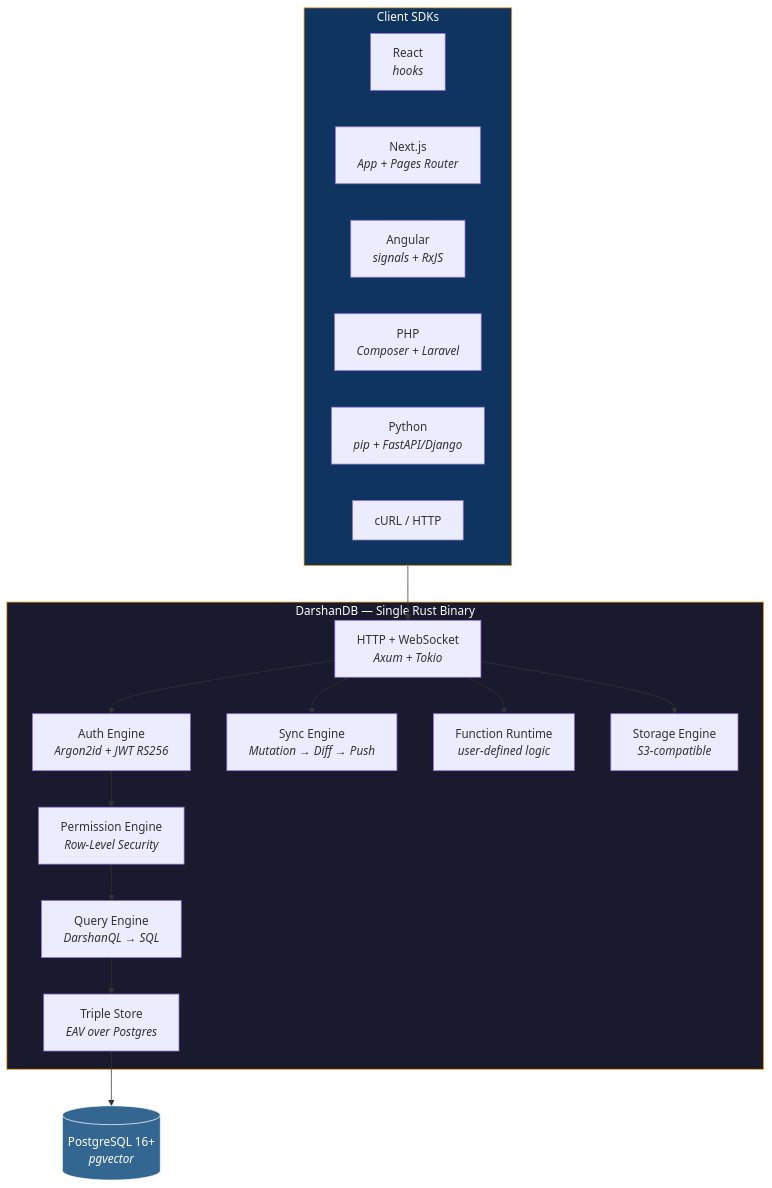
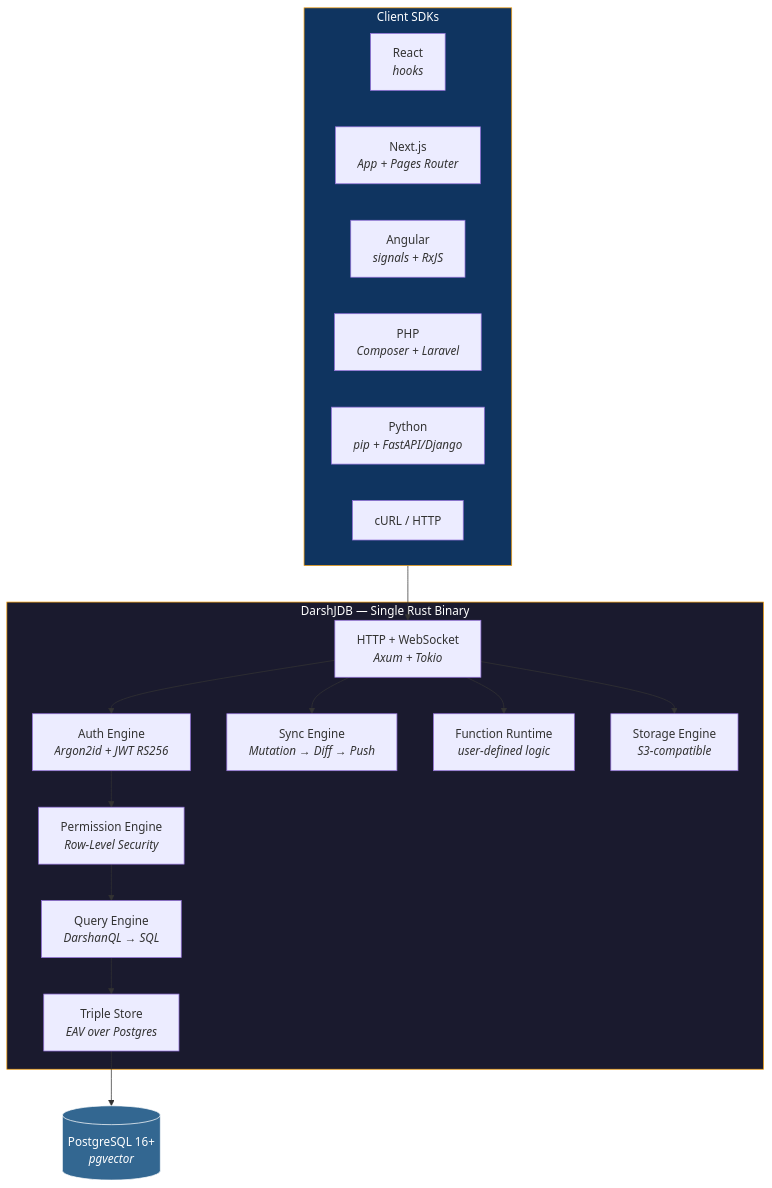
One commit to darshjme/darshjdb changed the fourth of 11 diagrams in README.md. Above: the diagram before and after it, drawn with Mermaid. The commit also changed other lines of this file and 107 other files, not shown here.

First line of the commit message:
rebrand: DarshanDB → DarshJDB (DDB)

````diff
--- a/README.md
+++ b/README.md
@@ -158,38 +158,38 @@
 ```mermaid
 graph TB
     subgraph Clients["Client SDKs"]
         React["React\n<i>hooks</i>"]
         Next["Next.js\n<i>App + Pages Router</i>"]
         Angular["Angular\n<i>signals + RxJS</i>"]
         PHP["PHP\n<i>Composer + Laravel</i>"]
         Python["Python\n<i>pip + FastAPI/Django</i>"]
         Curl["cURL / HTTP"]
     end
 
-    subgraph Server["DarshanDB — Single Rust Binary"]
+    subgraph Server["DarshJDB — Single Rust Binary"]
         API["HTTP + WebSocket\n<i>Axum + Tokio</i>"]
         AUTH["Auth Engine\n<i>Argon2id + JWT RS256</i>"]
         PERM["Permission Engine\n<i>Row-Level Security</i>"]
         QE["Query Engine\n<i>DarshanQL → SQL</i>"]
         TS["Triple Store\n<i>EAV over Postgres</i>"]
         SYNC["Sync Engine\n<i>Mutation → Diff → Push</i>"]
         FN["Function Runtime\n<i>user-defined logic</i>"]
         STORE["Storage Engine\n<i>S3-compatible</i>"]
     end
 
     PG[("PostgreSQL 16+\n<i>pgvector</i>")]
 
     Clients --> API
     API --> AUTH
     AUTH --> PERM
     PERM --> QE
     QE --> TS
     TS --> PG
     API --> SYNC
     API --> FN
     API --> STORE
 
     style Server fill:#1a1a2e,stroke:#F59E0B,color:#fff
     style PG fill:#336791,stroke:#fff,color:#fff
     style Clients fill:#0f3460,stroke:#F59E0B,color:#fff
 ```
````
